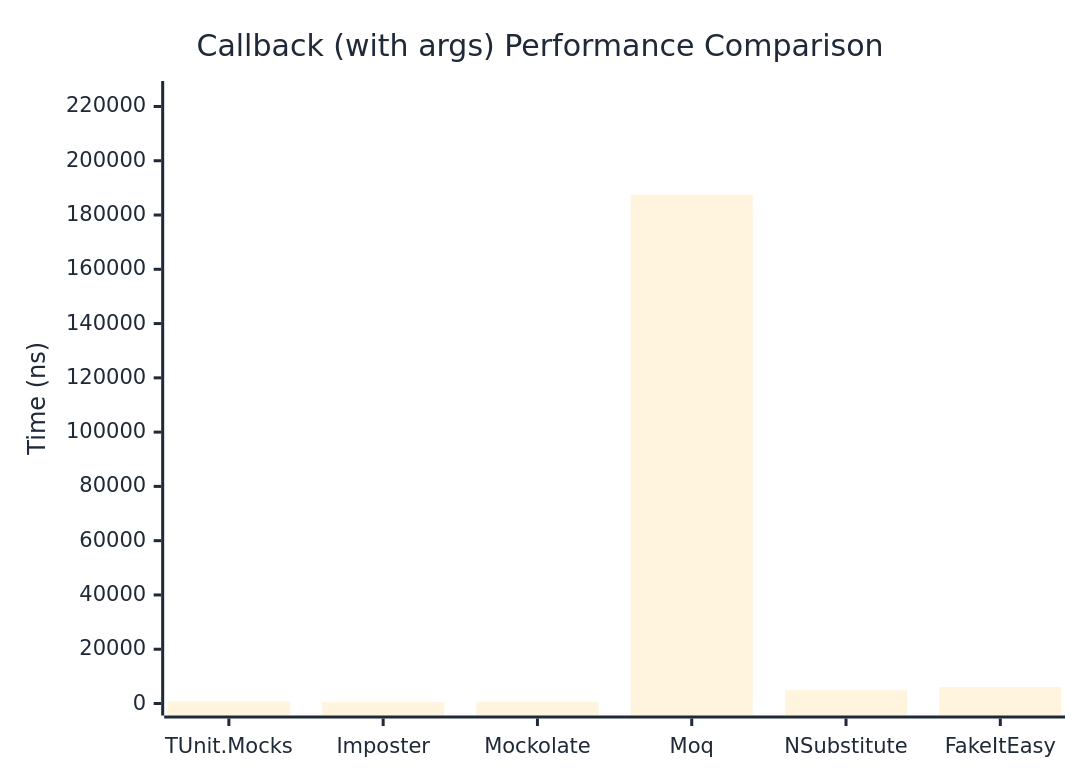
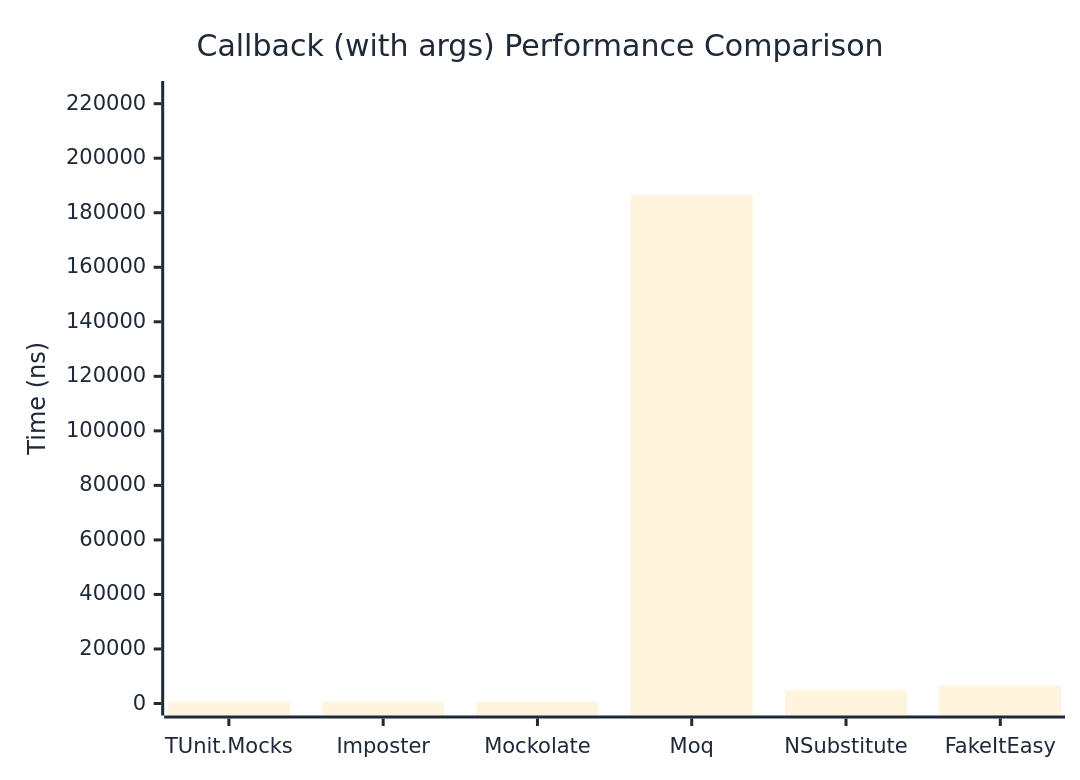
The second of 2 diagrams in docs/docs/benchmarks/mocks/Callback.md (thomhurst/TUnit), drawn with Mermaid before and after one commit. The commit also changed other lines of this file and 14 other files, not shown here.

````diff
--- a/docs/docs/benchmarks/mocks/Callback.md
+++ b/docs/docs/benchmarks/mocks/Callback.md
@@ -69,27 +69,27 @@
 ```mermaid
 %%{init: {
   'theme':'base',
   'themeVariables': {
     'primaryColor': '#2563eb',
     'primaryTextColor': '#1f2937',
     'primaryBorderColor': '#1e40af',
     'lineColor': '#6b7280',
     'secondaryColor': '#7c3aed',
     'tertiaryColor': '#dc2626',
     'background': '#ffffff',
     'pie1': '#2563eb',
     'pie2': '#7c3aed',
     'pie3': '#dc2626',
     'pie4': '#f59e0b',
     'pie5': '#10b981',
     'pie6': '#06b6d4',
     'pie7': '#ec4899',
     'pie8': '#6366f1'
   }
 }}%%
 xychart-beta
   title "Callback (with args) Performance Comparison"
   x-axis ["TUnit.Mocks", "Imposter", "Mockolate", "Moq", "NSubstitute", "FakeItEasy"]
-  y-axis "Time (ns)" 0 --> 224963
-  bar [748.8, 530.2, 629.1, 187468.9, 4883.9, 6105.9]
+  y-axis "Time (ns)" 0 --> 223918
+  bar [795.5, 543.2, 652.2, 186597.9, 4959, 6610.9]
 ```
````
